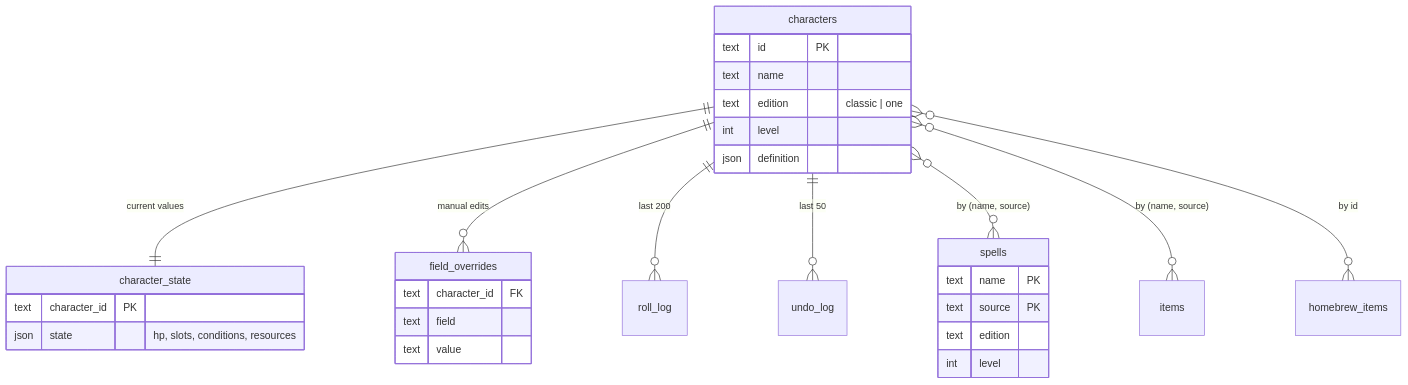
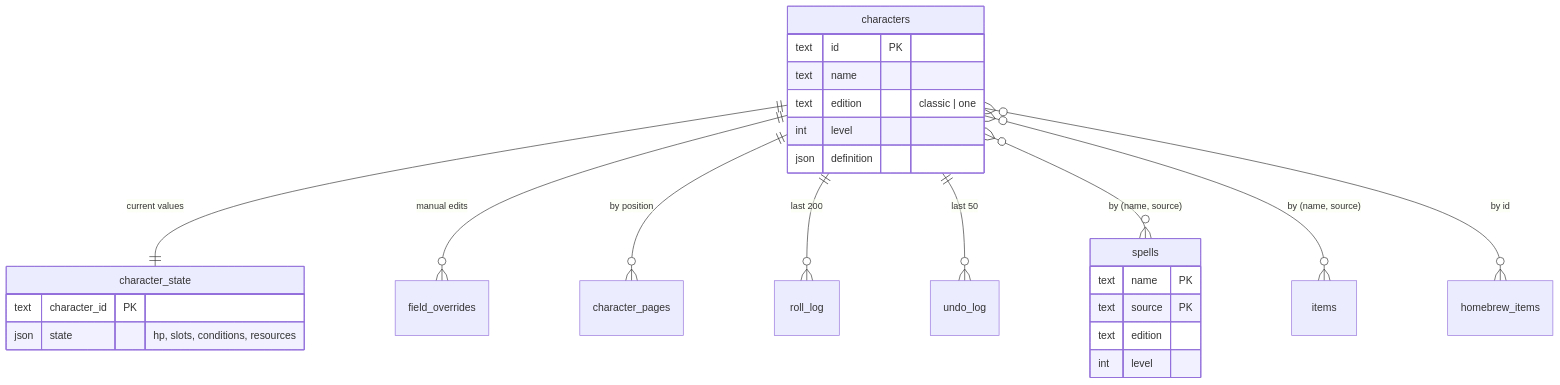
One commit to dean-matt/local-dnd-character-sheet changed the diagram in docs/data-model.md. Above: the diagram before and after it, drawn with Mermaid. The commit also changed other lines of this file and 27 other files, not shown here.

First line of the commit message:
feat: a character's pages are user data (#335)

````diff
--- a/docs/data-model.md
+++ b/docs/data-model.md
@@ -11,33 +11,29 @@
 ```mermaid
 erDiagram
     characters ||--|| character_state : "current values"
     characters ||--o{ field_overrides : "manual edits"
+    characters ||--o{ character_pages : "by position"
     characters ||--o{ roll_log : "last 200"
     characters ||--o{ undo_log : "last 50"
     characters }o--o{ spells : "by (name, source)"
     characters }o--o{ items : "by (name, source)"
     characters }o--o{ homebrew_items : "by id"
 
     characters {
         text id PK
         text name
         text edition "classic | one"
         int  level
         json definition
     }
     character_state {
         text character_id PK
         json state "hp, slots, conditions, resources"
     }
-    field_overrides {
-        text character_id FK
-        text field
-        text value
-    }
     spells {
         text name PK
         text source PK
         text edition
         int  level
     }
 ```
````
